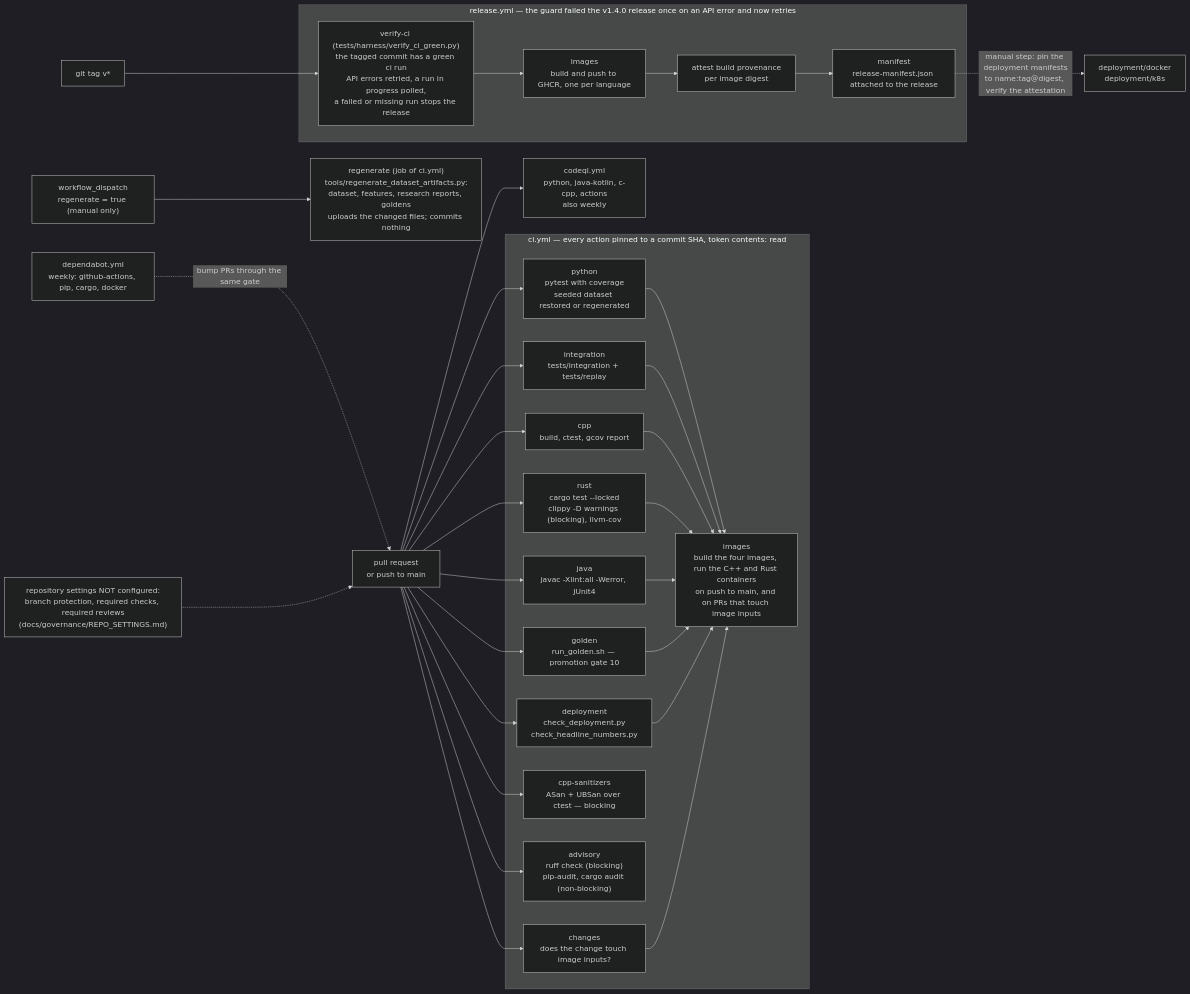
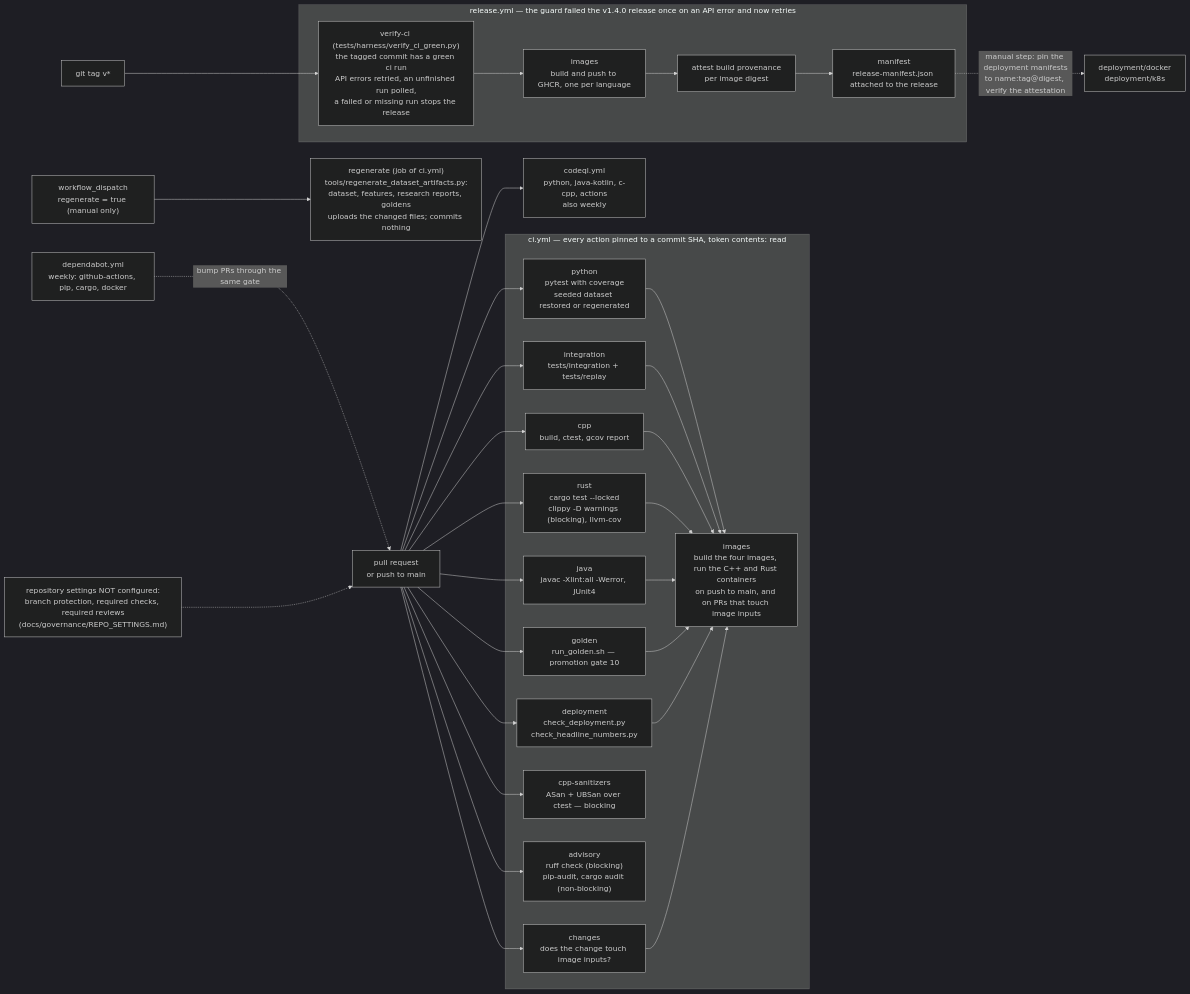
Before and after one commit to AshJha0/intraday-alpha-platform: the diagram in docs/diagrams/ci_release_pipeline.mmd, drawn with Mermaid (dark theme). The commit also changed 32 other files, not shown here.

```diff
--- a/docs/diagrams/ci_release_pipeline.mmd
+++ b/docs/diagrams/ci_release_pipeline.mmd
@@ -1,48 +1,48 @@
 flowchart LR
     %% .github/workflows/{ci,codeql,release}.yml and dependabot.yml as of v1.5.0.
     PR["pull request<br/>or push to main"] --> PY
     PR --> INT
     PR --> CPP
     PR --> RS
     PR --> JV
     PR --> GOLD
     PR --> DEP
     PR --> ASAN
     PR --> ADV
     PR --> CHG
     subgraph CI["ci.yml — every action pinned to a commit SHA, token contents: read"]
         PY["python<br/>pytest with coverage<br/>seeded dataset restored or regenerated"]
         INT["integration<br/>tests/integration + tests/replay"]
         CPP["cpp<br/>build, ctest, gcov report"]
         RS["rust<br/>cargo test --locked<br/>clippy -D warnings (blocking), llvm-cov"]
         JV["java<br/>javac -Xlint:all -Werror, JUnit4"]
         GOLD["golden<br/>run_golden.sh — promotion gate 10"]
         DEP["deployment<br/>check_deployment.py<br/>check_headline_numbers.py"]
         ASAN["cpp-sanitizers<br/>ASan + UBSan over ctest — blocking"]
         ADV["advisory<br/>ruff check (blocking)<br/>pip-audit, cargo audit (non-blocking)"]
         CHG["changes<br/>does the change touch image inputs?"]
         IMG["images<br/>build the four images, run the C++ and Rust containers<br/>on push to main, and on PRs that touch image inputs"]
     end
     PY --> IMG
     INT --> IMG
     CPP --> IMG
     RS --> IMG
     JV --> IMG
     GOLD --> IMG
     DEP --> IMG
     CHG --> IMG
     DISP["workflow_dispatch<br/>regenerate = true (manual only)"] --> REGEN["regenerate (job of ci.yml)<br/>tools/regenerate_dataset_artifacts.py:<br/>dataset, features, research reports, goldens<br/>uploads the changed files; commits nothing"]
     PR --> CQL["codeql.yml<br/>python, java-kotlin, c-cpp, actions<br/>also weekly"]
     DB["dependabot.yml<br/>weekly: github-actions, pip, cargo, docker"] -.->|"bump PRs through the same gate"| PR
     TAG["git tag v*"] --> VER
     subgraph REL["release.yml — the guard failed the v1.4.0 release once on an API error and now retries"]
-        VER["verify-ci (tests/harness/verify_ci_green.py)<br/>the tagged commit has a green ci run<br/>API errors retried, a run in progress polled,<br/>a failed or missing run stops the release"]
+        VER["verify-ci (tests/harness/verify_ci_green.py)<br/>the tagged commit has a green ci run<br/>API errors retried, an unfinished run polled,<br/>a failed or missing run stops the release"]
         BLD["images<br/>build and push to GHCR, one per language"]
         ATT["attest build provenance<br/>per image digest"]
         MAN["manifest<br/>release-manifest.json attached to the release"]
         VER --> BLD
         BLD --> ATT
         ATT --> MAN
     end
     MAN -.->|"manual step: pin the deployment manifests<br/>to name:tag@digest, verify the attestation"| DEPLOY["deployment/docker<br/>deployment/k8s"]
     NOTE["repository settings NOT configured:<br/>branch protection, required checks, required reviews<br/>(docs/governance/REPO_SETTINGS.md)"] -.-> PR
```
